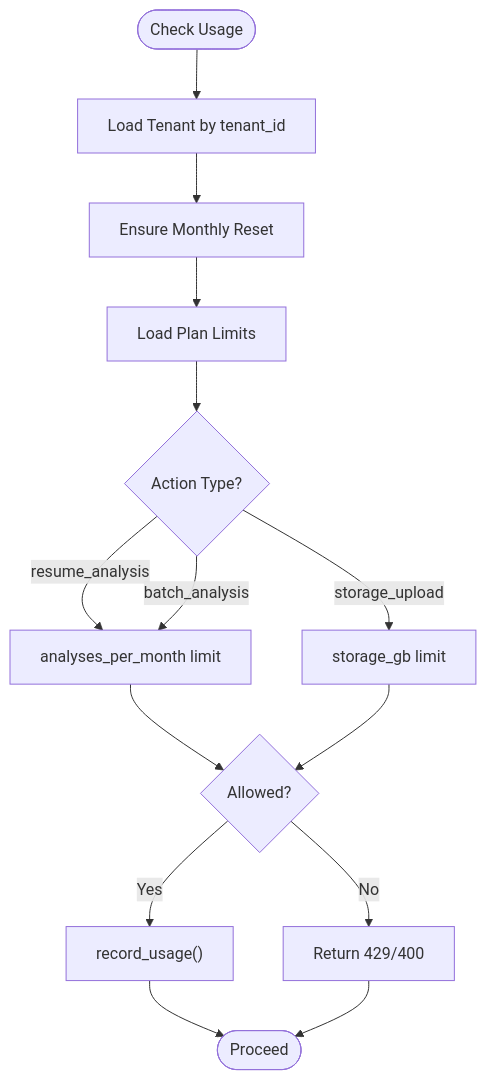
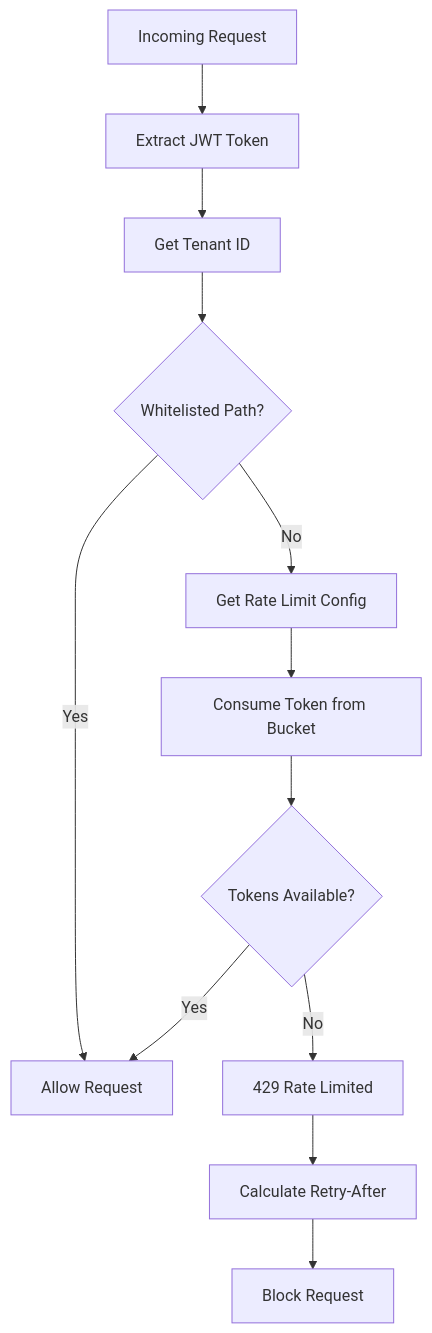
The fifth of 10 diagrams in .qoder/repowiki/en/content/Multi-Tenant System/Multi-Tenant System.md (Revanththetalogics/aireume), drawn with Mermaid before and after one commit. The commit also changed other lines of this file and 10 other files, not shown here.

Commit message:
fix: reset rate limiter buckets between tests to prevent CI 429 failures

````diff
--- a/.qoder/repowiki/en/content/Multi-Tenant System/Multi-Tenant System.md
+++ b/.qoder/repowiki/en/content/Multi-Tenant System/Multi-Tenant System.md
@@ -257,16 +428,14 @@
 ```mermaid
 flowchart TD
-Start(["Check Usage"]) --> LoadTenant["Load Tenant by tenant_id"]
-LoadTenant --> EnsureReset["Ensure Monthly Reset"]
-EnsureReset --> LoadPlan["Load Plan Limits"]
-LoadPlan --> CheckAction{"Action Type?"}
-CheckAction --> |resume_analysis| CheckAnalyses["analyses_per_month limit"]
-CheckAction --> |batch_analysis| CheckAnalyses
-CheckAction --> |storage_upload| CheckStorage["storage_gb limit"]
-CheckAnalyses --> Allowed{"Allowed?"}
-CheckStorage --> Allowed
-Allowed --> |Yes| Record["record_usage()"]
-Allowed --> |No| Deny["Return 429/400"]
-Record --> End(["Proceed"])
-Deny --> End
+Request["Incoming Request"] --> ExtractToken["Extract JWT Token"]
+ExtractToken --> GetTenant["Get Tenant ID"]
+GetTenant --> CheckWhitelist{"Whitelisted Path?"}
+CheckWhitelist --> |Yes| Allow["Allow Request"]
+CheckWhitelist --> |No| GetRateLimit["Get Rate Limit Config"]
+GetRateLimit --> ConsumeToken["Consume Token from Bucket"]
+ConsumeToken --> Allowed{"Tokens Available?"}
+Allowed --> |Yes| Allow
+Allowed --> |No| RateLimit["429 Rate Limited"]
+RateLimit --> RetryAfter["Calculate Retry-After"]
+RetryAfter --> Block["Block Request"]
 ```
````
